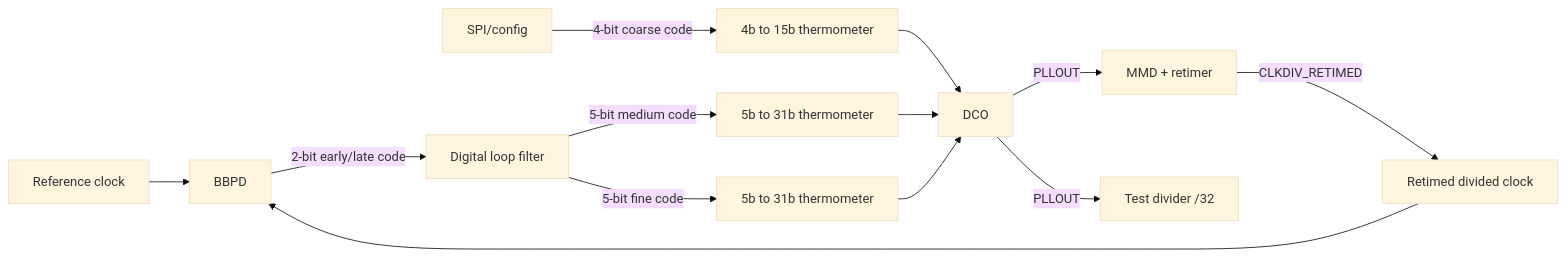
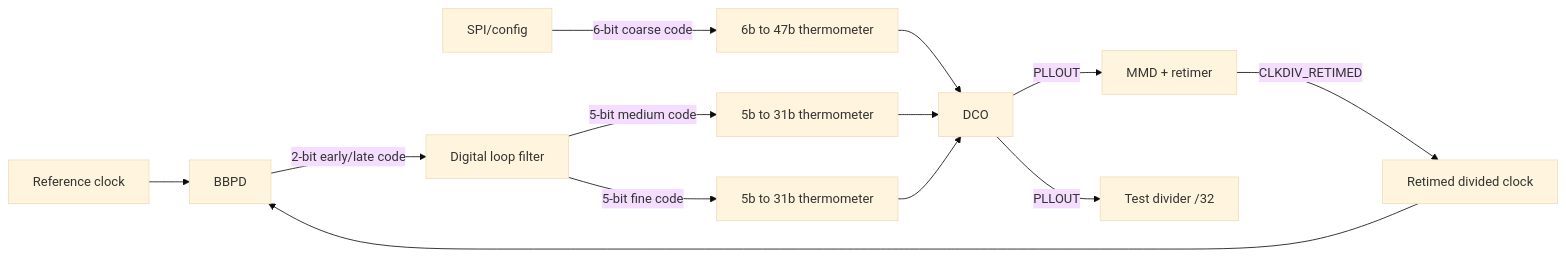
Before and after one commit to virtualsecureplatform/OpenPLL: the diagram in PLL_ARCHITECTURE.md, drawn with Mermaid (base theme). The commit also changed other lines of this file and 49 other files, not shown here.

````diff
--- a/PLL_ARCHITECTURE.md
+++ b/PLL_ARCHITECTURE.md
@@ -69,15 +66,15 @@
 ```mermaid
 flowchart LR
     REF[Reference clock] --> BBPD[BBPD]
     FB[Retimed divided clock] --> BBPD
     BBPD -->|2-bit early/late code| DLF[Digital loop filter]
     DLF -->|5-bit medium code| B2TH_M[5b to 31b thermometer]
     DLF -->|5-bit fine code| B2TH_F[5b to 31b thermometer]
-    SPI[SPI/config] -->|4-bit coarse code| B2TH_C[4b to 15b thermometer]
+    SPI[SPI/config] -->|6-bit coarse code| B2TH_C[6b to 47b thermometer]
     B2TH_C --> DCO[DCO]
     B2TH_M --> DCO
     B2TH_F --> DCO
     DCO -->|PLLOUT| MMD[MMD + retimer]
     MMD -->|CLKDIV_RETIMED| FB
     DCO -->|PLLOUT| DIV32[Test divider /32]
 ```
````
